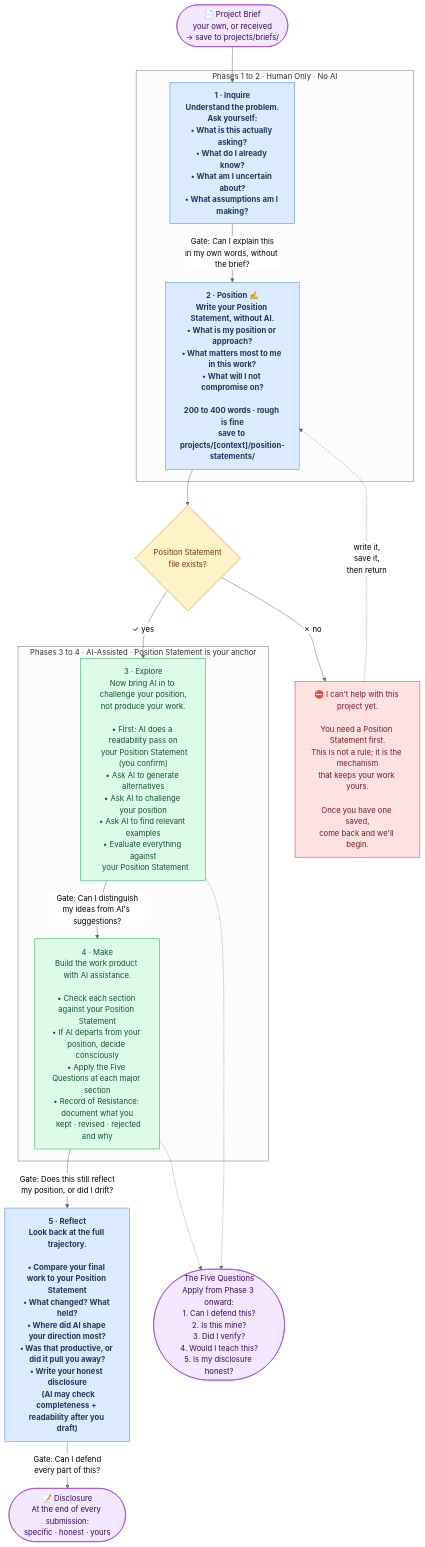
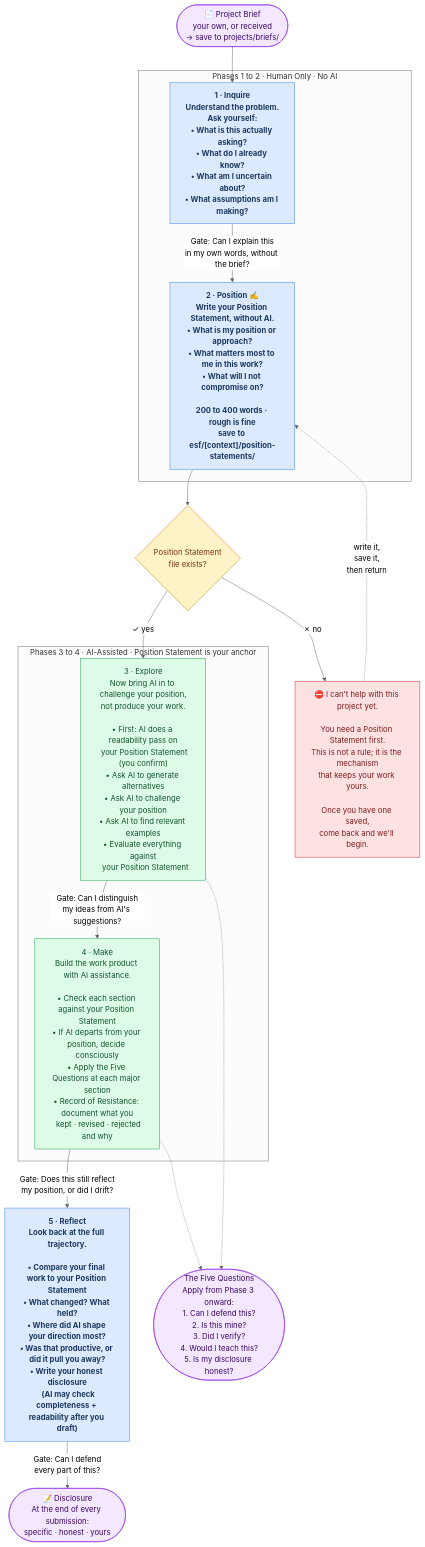
One commit to nmadrid27/esf-companion changed the first of 2 diagrams in WORKFLOW.md. Above: the diagram before and after it, drawn with Mermaid (neutral theme). The commit also changed other lines of this file and 39 other files, not shown here.

First line of the commit message:
Rename projects/ to esf/, add scope prompt, managed-file headers, install polish

````diff
--- a/WORKFLOW.md
+++ b/WORKFLOW.md
@@ -11,43 +11,43 @@
 ```mermaid
 flowchart TD
     classDef humanOnly fill:#dbeafe,stroke:#3b82f6,color:#1e3a5f,font-weight:bold
     classDef aiAssisted fill:#dcfce7,stroke:#16a34a,color:#14532d
     classDef gate fill:#fef3c7,stroke:#d97706,color:#78350f
     classDef artifact fill:#f3e8ff,stroke:#9333ea,color:#3b0764
     classDef blocked fill:#fee2e2,stroke:#dc2626,color:#7f1d1d
 
     BRIEF(["📄 Project Brief\nyour own, or received\n→ save to projects/briefs/"]):::artifact
 
     subgraph HUMANONLY["  Phases 1 to 2 · Human Only · No AI  "]
         P1["1 · Inquire\nUnderstand the problem.\nAsk yourself:\n• What is this actually asking?\n• What do I already know?\n• What am I uncertain about?\n• What assumptions am I making?"]:::humanOnly
 
-        P2["2 · Position ✍️\nWrite your Position Statement, without AI.\n• What is my position or approach?\n• What matters most to me in this work?\n• What will I not compromise on?\n\n200 to 400 words · rough is fine\nsave to projects/[context]/position-statements/"]:::humanOnly
+        P2["2 · Position ✍️\nWrite your Position Statement, without AI.\n• What is my position or approach?\n• What matters most to me in this work?\n• What will I not compromise on?\n\n200 to 400 words · rough is fine\nsave to esf/[context]/position-statements/"]:::humanOnly
     end
 
     GATE{"Position Statement\nfile exists?"}:::gate
     BLOCKED["⛔ I can't help with this project yet.\n\nYou need a Position Statement first.\nThis is not a rule; it is the mechanism\nthat keeps your work yours.\n\nOnce you have one saved,\ncome back and we'll begin."]:::blocked
 
     subgraph AIASSISTED["  Phases 3 to 4 · AI-Assisted · Position Statement is your anchor  "]
         P3["3 · Explore\nNow bring AI in to challenge your position,\nnot produce your work.\n\n• First: AI does a readability pass on\n  your Position Statement (you confirm)\n• Ask AI to generate alternatives\n• Ask AI to challenge your position\n• Ask AI to find relevant examples\n• Evaluate everything against\n  your Position Statement"]:::aiAssisted
 
         P4["4 · Make\nBuild the work product with AI assistance.\n\n• Check each section against your Position Statement\n• If AI departs from your position, decide consciously\n• Apply the Five Questions at each major section\n• Record of Resistance: document what you\n  kept · revised · rejected and why"]:::aiAssisted
     end
 
     P5["5 · Reflect\nLook back at the full trajectory.\n\n• Compare your final work to your Position Statement\n• What changed? What held?\n• Where did AI shape your direction most?\n• Was that productive, or did it pull you away?\n• Write your honest disclosure\n  (AI may check completeness + readability after you draft)"]:::humanOnly
 
     FQ(["The Five Questions\nApply from Phase 3 onward:\n1. Can I defend this?\n2. Is this mine?\n3. Did I verify?\n4. Would I teach this?\n5. Is my disclosure honest?"]):::artifact
 
     DISCLOSURE(["📝 Disclosure\nAt the end of every submission:\nspecific · honest · yours"]):::artifact
 
     BRIEF --> P1
     P1 -->|"Gate: Can I explain this\nin my own words, without the brief?"| P2
     P2 --> GATE
     GATE -->|"✓ yes"| P3
     GATE -->|"✗ no"| BLOCKED
     BLOCKED -.->|"write it,\nsave it,\nthen return"| P2
     P3 -->|"Gate: Can I distinguish\nmy ideas from AI's suggestions?"| P4
     P4 -->|"Gate: Does this still reflect\nmy position, or did I drift?"| P5
     P5 -->|"Gate: Can I defend\nevery part of this?"| DISCLOSURE
     P3 -.-> FQ
     P4 -.-> FQ
 ```
````
